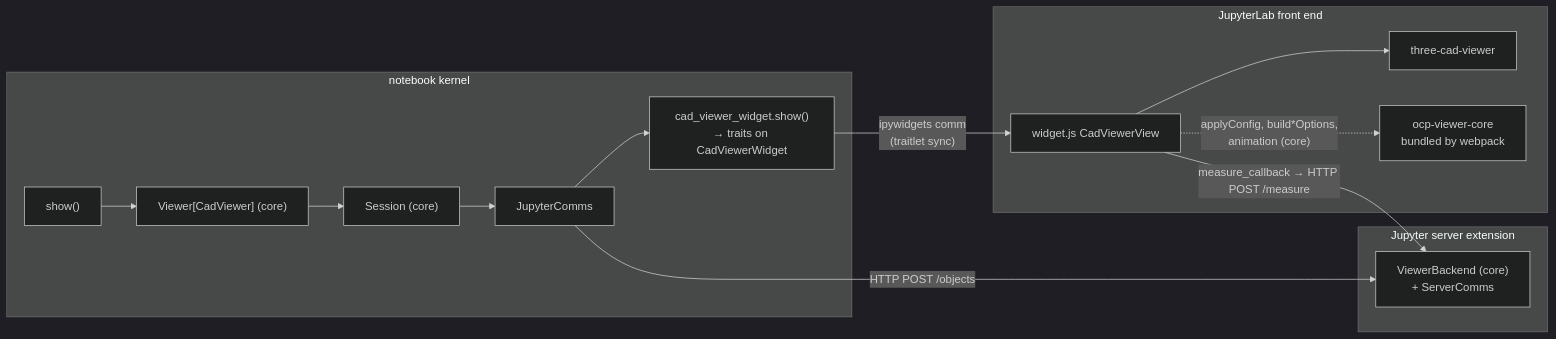
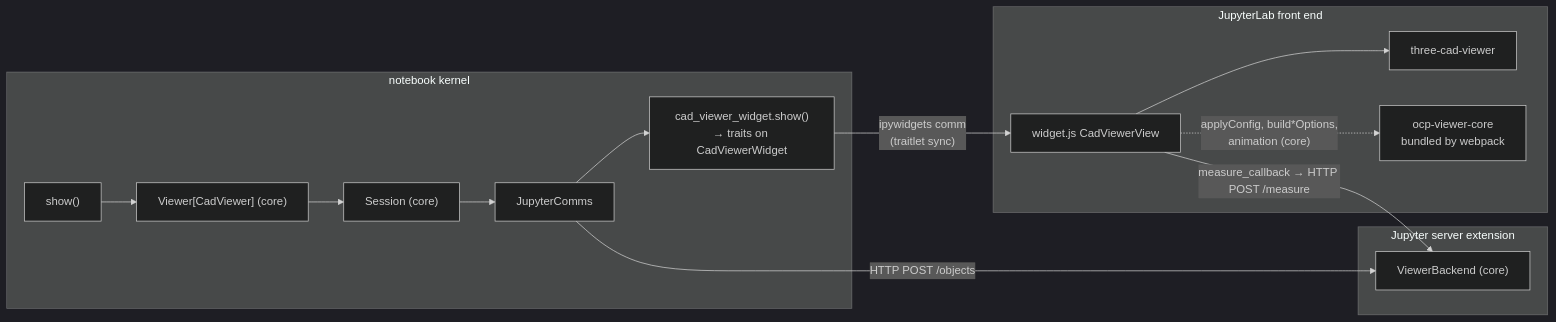
The third of 3 diagrams in Design.md (bernhard-42/ocp-viewer-core), drawn with Mermaid (dark theme) before and after one commit. The commit also changed other lines of this file and 3 other files, not shown here.

````diff
--- a/Design.md
+++ b/Design.md
@@ -484,17 +614,17 @@
 ```mermaid
 flowchart LR
   subgraph k["notebook kernel"]
     S["show()"] --> V["Viewer[CadViewer] (core)"] --> SE["Session (core)"] --> C["JupyterComms"]
     C --> CV["cad_viewer_widget.show()<br/>→ traits on CadViewerWidget"]
   end
   subgraph fe["JupyterLab front end"]
     W["widget.js CadViewerView"] --> TCV["three-cad-viewer"]
     W -. "applyConfig, build*Options,<br/>animation (core)" .-> CORE["ocp-viewer-core<br/>bundled by webpack"]
   end
   subgraph js["Jupyter server extension"]
-    B["ViewerBackend (core)<br/>+ ServerComms"]
+    B["ViewerBackend (core)"]
   end
   CV -- "ipywidgets comm<br/>(traitlet sync)" --> W
   C -- "HTTP POST /objects" --> B
   W -- "measure_callback → HTTP POST /measure" --> B
 ```
````
